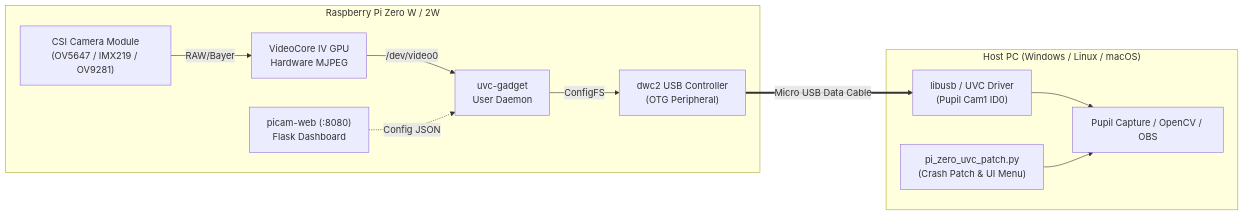
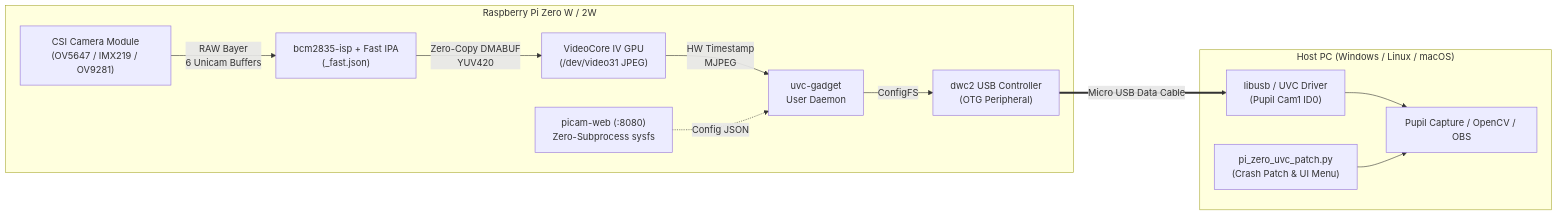
One commit to Kagawashi/Pi-Zero-UVC-Webcam changed the diagram in README.md. Above: the diagram before and after it, drawn with Mermaid. The commit also changed other lines of this file and 2 other files, not shown here.

````diff
--- a/README.md
+++ b/README.md
@@ -32,15 +36,16 @@
 ```mermaid
 graph LR
     subgraph PiZero["Raspberry Pi Zero W / 2W"]
-        CSI["CSI Camera Module\n(OV5647 / IMX219 / OV9281)"] -->|RAW/Bayer| VC4["VideoCore IV GPU\nHardware MJPEG"]
-        VC4 -->|/dev/video0| UVCG["uvc-gadget\nUser Daemon"]
+        CSI["CSI Camera Module\n(OV5647 / IMX219 / OV9281)"] -->|RAW Bayer\n6 Unicam Buffers| ISP["bcm2835-isp + Fast IPA\n(<sensor>_fast.json)"]
+        ISP -->|Zero-Copy DMABUF\nYUV420| VC4["VideoCore IV GPU\n(/dev/video31 JPEG)"]
+        VC4 -->|HW Timestamp\nMJPEG| UVCG["uvc-gadget\nUser Daemon"]
         UVCG -->|ConfigFS| DWC2["dwc2 USB Controller\n(OTG Peripheral)"]
-        WEB["picam-web (:8080)\nFlask Dashboard"] -.->|Config JSON| UVCG
+        WEB["picam-web (:8080)\nZero-Subprocess sysfs"] -.->|Config JSON| UVCG
     end
 
     subgraph HostPC["Host PC (Windows / Linux / macOS)"]
         DWC2 ==>|Micro USB Data Cable| USB["libusb / UVC Driver\n(Pupil Cam1 ID0)"]
         USB --> PCAP["Pupil Capture / OpenCV / OBS"]
         PEXP["pi_zero_uvc_patch.py\n(Crash Patch & UI Menu)"] --> PCAP
     end
 ```
````
